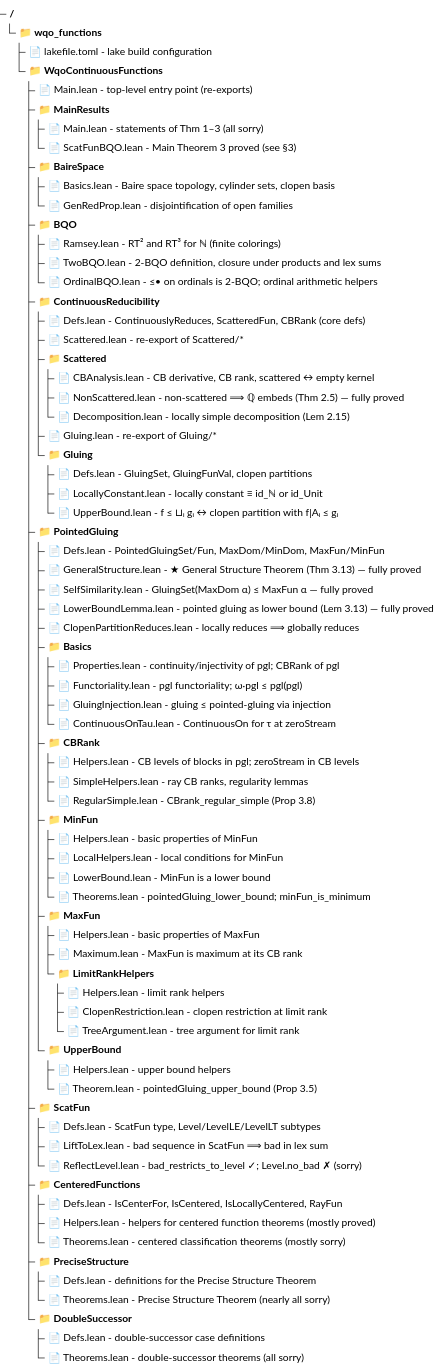
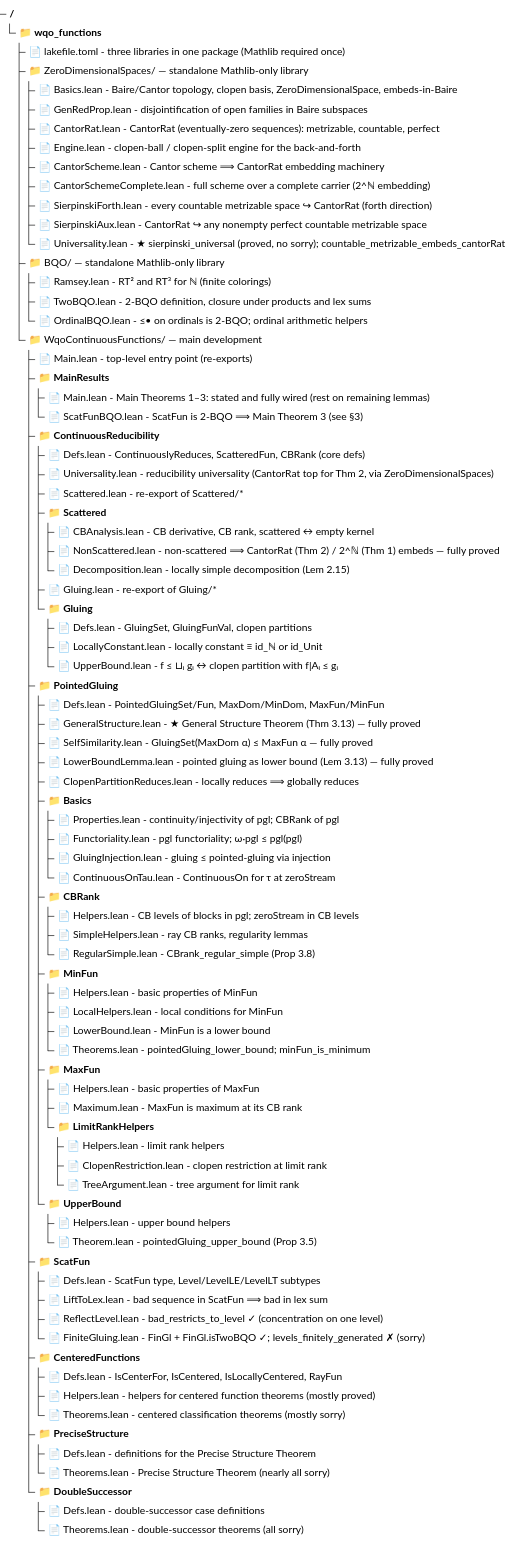
The first of 2 diagrams in STRUCTURE.md (yannpequignot/lean-wqo-continuous-functions), drawn with Mermaid before and after one commit. The commit also changed other lines of this file and 59 other files, not shown here.

````diff
--- a/STRUCTURE.md
+++ b/STRUCTURE.md
@@ -11,73 +12,82 @@
 ```mermaid
 treeView-beta
   "📁 wqo_functions/"
-    "📄 lakefile.toml - lake build configuration"
-    "📁 WqoContinuousFunctions/"
+    "📄 lakefile.toml - three libraries in one package (Mathlib required once)"
+    "📁 ZeroDimensionalSpaces/ — standalone Mathlib-only library"
+      "📄 Basics.lean - Baire/Cantor topology, clopen basis, ZeroDimensionalSpace, embeds-in-Baire"
+      "📄 GenRedProp.lean - disjointification of open families in Baire subspaces"
+      "📄 CantorRat.lean - CantorRat (eventually-zero sequences): metrizable, countable, perfect"
+      "📄 Engine.lean - clopen-ball / clopen-split engine for the back-and-forth"
+      "📄 CantorScheme.lean - Cantor scheme ⟹ CantorRat embedding machinery"
+      "📄 CantorSchemeComplete.lean - full scheme over a complete carrier (2^ℕ embedding)"
+      "📄 SierpinskiForth.lean - every countable metrizable space ↪ CantorRat (forth direction)"
+      "📄 SierpinskiAux.lean - CantorRat ↪ any nonempty perfect countable metrizable space"
+      "📄 Universality.lean - ★ sierpinski_universal (proved, no sorry); countable_metrizable_embeds_cantorRat"
+    "📁 BQO/ — standalone Mathlib-only library"
+      "📄 Ramsey.lean - RT² and RT³ for ℕ (finite colorings)"
+      "📄 TwoBQO.lean - 2-BQO definition, closure under products and lex sums"
+      "📄 OrdinalBQO.lean - ≤• on ordinals is 2-BQO; ordinal arithmetic helpers"
+    "📁 WqoContinuousFunctions/ — main development"
       "📄 Main.lean - top-level entry point (re-exports)"
       "📁 MainResults/"
-        "📄 Main.lean - statements of Thm 1–3 (all sorry)"
-        "📄 ScatFunBQO.lean - Main Theorem 3 proved (see §3)"
-      "📁 BaireSpace/"
-        "📄 Basics.lean - Baire space topology, cylinder sets, clopen basis"
-        "📄 GenRedProp.lean - disjointification of open families"
-      "📁 BQO/"
-        "📄 Ramsey.lean - RT² and RT³ for ℕ (finite colorings)"
-        "📄 TwoBQO.lean - 2-BQO definition, closure under products and lex sums"
-        "📄 OrdinalBQO.lean - ≤• on ordinals is 2-BQO; ordinal arithmetic helpers"
+        "📄 Main.lean - Main Theorems 1–3: stated and fully wired (rest on remaining lemmas)"
+        "📄 ScatFunBQO.lean - ScatFun is 2-BQO ⟹ Main Theorem 3 (see §3)"
       "📁 ContinuousReducibility/"
         "📄 Defs.lean - ContinuouslyReduces, ScatteredFun, CBRank (core defs)"
+        "📄 Universality.lean - reducibility universality (CantorRat top for Thm 2, via ZeroDimensionalSpaces)"
         "📄 Scattered.lean - re-export of Scattered/*"
         "📁 Scattered/"
           "📄 CBAnalysis.lean - CB derivative, CB rank, scattered ↔ empty kernel"
-          "📄 NonScattered.lean - non-scattered ⟹ ℚ embeds (Thm 2.5) — fully proved"
+          "📄 NonScattered.lean - non-scattered ⟹ CantorRat (Thm 2) / 2^ℕ (Thm 1) embeds — fully proved"
           "📄 Decomposition.lean - locally simple decomposition (Lem 2.15)"
         "📄 Gluing.lean - re-export of Gluing/*"
         "📁 Gluing/"
           "📄 Defs.lean - GluingSet, GluingFunVal, clopen partitions"
           "📄 LocallyConstant.lean - locally constant ≡ id_ℕ or id_Unit"
           "📄 UpperBound.lean - f ≤ ⊔ᵢ gᵢ ↔ clopen partition with f|Aᵢ ≤ gᵢ"
       "📁 PointedGluing/"
         "📄 Defs.lean - PointedGluingSet/Fun, MaxDom/MinDom, MaxFun/MinFun"
         "📄 GeneralStructure.lean - ★ General Structure Theorem (Thm 3.13) — fully proved"
         "📄 SelfSimilarity.lean - GluingSet(MaxDom α) ≤ MaxFun α — fully proved"
         "📄 LowerBoundLemma.lean - pointed gluing as lower bound (Lem 3.13) — fully proved"
         "📄 ClopenPartitionReduces.lean - locally reduces ⟹ globally reduces"
         "📁 Basics/"
           "📄 Properties.lean - continuity/injectivity of pgl; CBRank of pgl"
           "📄 Functoriality.lean - pgl functoriality; ω·pgl ≤ pgl(pgl)"
           "📄 GluingInjection.lean - gluing ≤ pointed-gluing via injection"
           "📄 ContinuousOnTau.lean - ContinuousOn for τ at zeroStream"
         "📁 CBRank/"
           "📄 Helpers.lean - CB levels of blocks in pgl; zeroStream in CB levels"
           "📄 SimpleHelpers.lean - ray CB ranks, regularity lemmas"
           "📄 RegularSimple.lean - CBrank_regular_simple (Prop 3.8)"
         "📁 MinFun/"
           "📄 Helpers.lean - basic properties of MinFun"
           "📄 LocalHelpers.lean - local conditions for MinFun"
           "📄 LowerBound.lean - MinFun is a lower bound"
           "📄 Theorems.lean - pointedGluing_lower_bound; minFun_is_minimum"
         "📁 MaxFun/"
           "📄 Helpers.lean - basic properties of MaxFun"
           "📄 Maximum.lean - MaxFun is maximum at its CB rank"
           "📁 LimitRankHelpers/"
             "📄 Helpers.lean - limit rank helpers"
             "📄 ClopenRestriction.lean - clopen restriction at limit rank"
             "📄 TreeArgument.lean - tree argument for limit rank"
         "📁 UpperBound/"
           "📄 Helpers.lean - upper bound helpers"
           "📄 Theorem.lean - pointedGluing_upper_bound (Prop 3.5)"
       "📁 ScatFun/"
         "📄 Defs.lean - ScatFun type, Level/LevelLE/LevelLT subtypes"
         "📄 LiftToLex.lean - bad sequence in ScatFun ⟹ bad in lex sum"
-        "📄 ReflectLevel.lean - bad_restricts_to_level ✓; Level.no_bad ✗ (sorry)"
+        "📄 ReflectLevel.lean - bad_restricts_to_level ✓ (concentration on one level)"
+        "📄 FiniteGluing.lean - FinGl + FinGl.isTwoBQO ✓; levels_finitely_generated ✗ (sorry)"
       "📁 CenteredFunctions/"
         "📄 Defs.lean - IsCenterFor, IsCentered, IsLocallyCentered, RayFun"
         "📄 Helpers.lean - helpers for centered function theorems (mostly proved)"
         "📄 Theorems.lean - centered classification theorems (mostly sorry)"
       "📁 PreciseStructure/"
         "📄 Defs.lean - definitions for the Precise Structure Theorem"
         "📄 Theorems.lean - Precise Structure Theorem (nearly all sorry)"
       "📁 DoubleSuccessor/"
         "📄 Defs.lean - double-successor case definitions"
         "📄 Theorems.lean - double-successor theorems (all sorry)"
 ```
````
